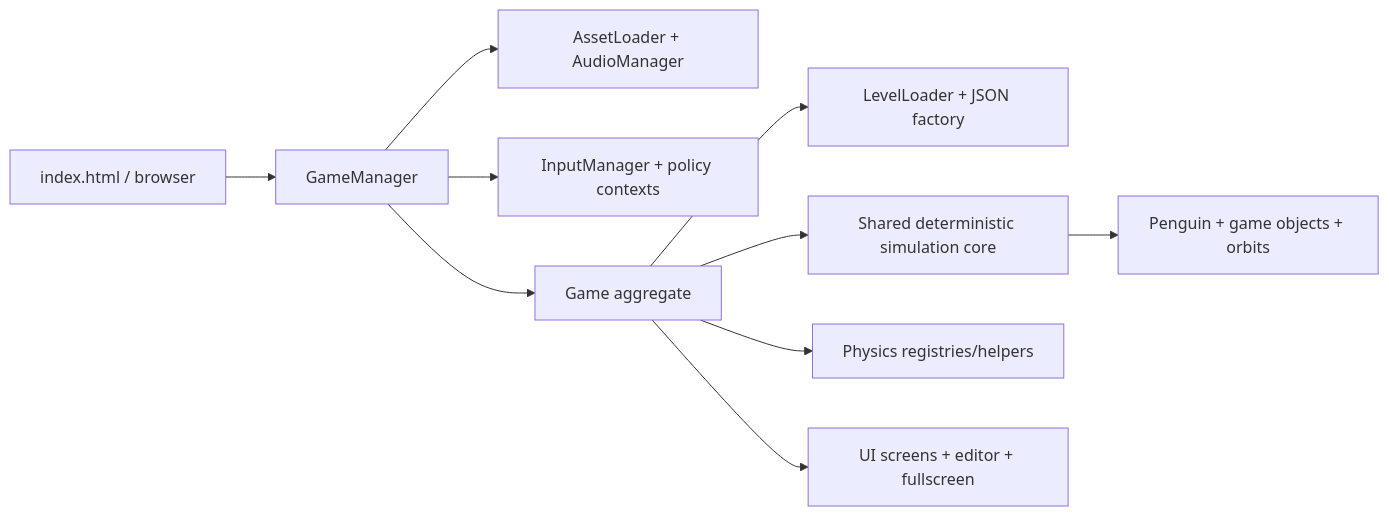
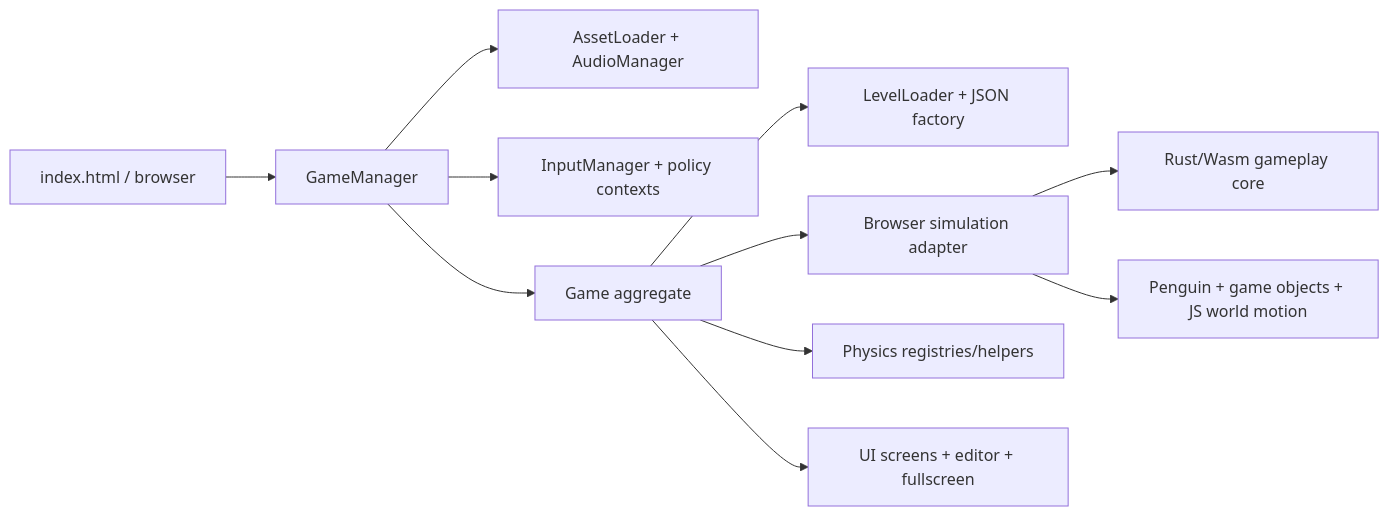
Before and after one commit to Newah1/SpacedPenguin: the diagram in README.md, drawn with Mermaid. The commit also changed other lines of this file and 7 other files, not shown here.

````diff
--- a/README.md
+++ b/README.md
@@ -95,12 +95,13 @@
 ```mermaid
 flowchart LR
     Browser[index.html / browser] --> Main[GameManager]
     Main --> Assets[AssetLoader + AudioManager]
     Main --> Input[InputManager + policy contexts]
     Main --> Game[Game aggregate]
     Game --> Levels[LevelLoader + JSON factory]
-    Game --> Sim[Shared deterministic simulation core]
-    Sim --> World[Penguin + game objects + orbits]
+    Game --> Adapter[Browser simulation adapter]
+    Adapter --> Sim[Rust/Wasm gameplay core]
+    Adapter --> World[Penguin + game objects + JS world motion]
     Game --> Physics[Physics registries/helpers]
     Game --> UI[UI screens + editor + fullscreen]
 ```
````
